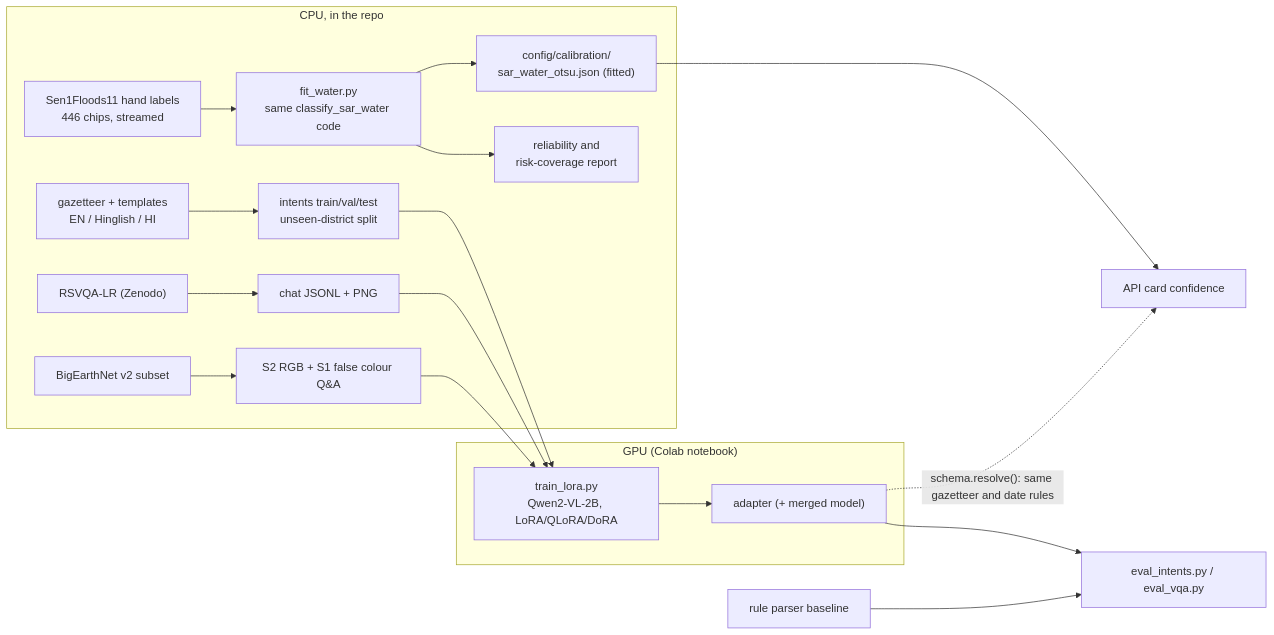
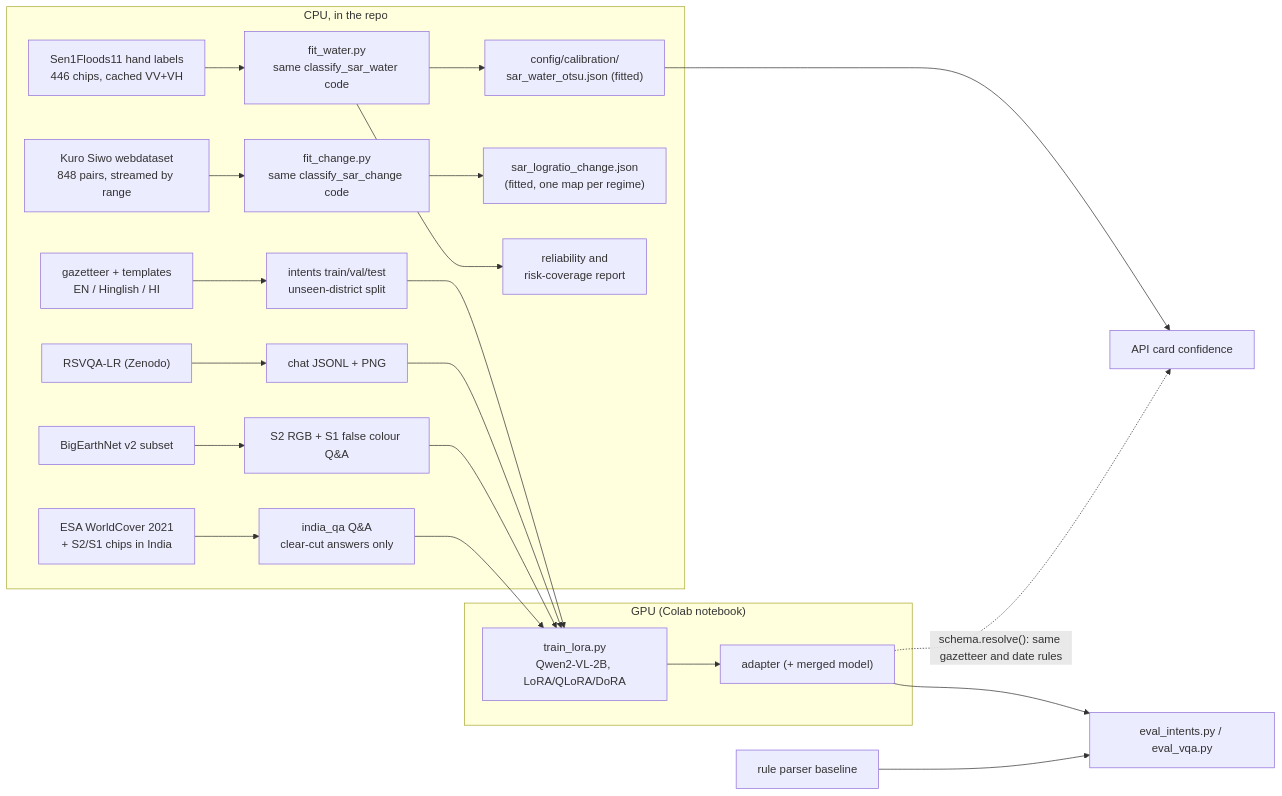
The eighth of 9 diagrams in docs/ARCHITECTURE.md (UnKnownnPasta/SatClip), drawn with Mermaid before and after one commit. The commit also changed other lines of this file and 65 other files, not shown here.

First line of the commit message:
Run 7: archive papers 151-175; finish M5 (water v1.1 with VH, Kuro Siwo change calibration, Indian Q&A builder, date parser, hand-written intent test)

````diff
--- a/docs/ARCHITECTURE.md
+++ b/docs/ARCHITECTURE.md
@@ -300,19 +300,22 @@
 ```mermaid
 flowchart LR
   subgraph CPU["CPU, in the repo"]
-    S11["Sen1Floods11 hand labels<br/>446 chips, streamed"] --> FIT["fit_water.py<br/>same classify_sar_water code"]
+    S11["Sen1Floods11 hand labels<br/>446 chips, cached VV+VH"] --> FIT["fit_water.py<br/>same classify_sar_water code"]
     FIT --> CAL["config/calibration/<br/>sar_water_otsu.json (fitted)"]
+    KS["Kuro Siwo webdataset<br/>848 pairs, streamed by range"] --> FITC["fit_change.py<br/>same classify_sar_change code"]
+    FITC --> CALC["sar_logratio_change.json<br/>(fitted, one map per regime)"]
+    WC["ESA WorldCover 2021<br/>+ S2/S1 chips in India"] --> IQA["india_qa Q&A<br/>clear-cut answers only"]
     FIT --> REP["reliability and<br/>risk-coverage report"]
     GAZ["gazetteer + templates<br/>EN / Hinglish / HI"] --> INT["intents train/val/test<br/>unseen-district split"]
     RSVQA["RSVQA-LR (Zenodo)"] --> VQA["chat JSONL + PNG"]
     BEN["BigEarthNet v2 subset"] --> BQA["S2 RGB + S1 false colour Q&A"]
   end
   subgraph GPU["GPU (Colab notebook)"]
-    INT & VQA & BQA --> TRAIN["train_lora.py<br/>Qwen2-VL-2B, LoRA/QLoRA/DoRA"]
+    INT & VQA & BQA & IQA --> TRAIN["train_lora.py<br/>Qwen2-VL-2B, LoRA/QLoRA/DoRA"]
     TRAIN --> AD["adapter (+ merged model)"]
   end
   AD --> EVAL["eval_intents.py / eval_vqa.py"]
   RULES["rule parser baseline"] --> EVAL
   CAL --> API["API card confidence"]
   AD -. "schema.resolve(): same gazetteer and date rules" .-> API
 ```
````
